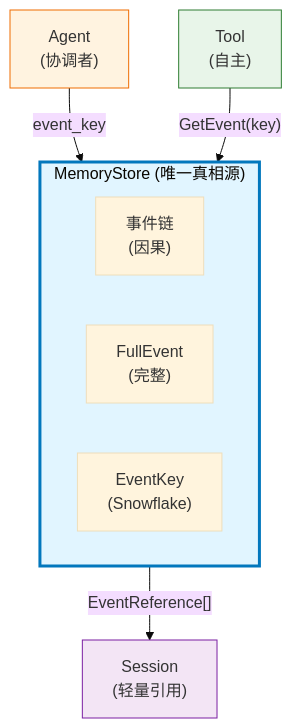
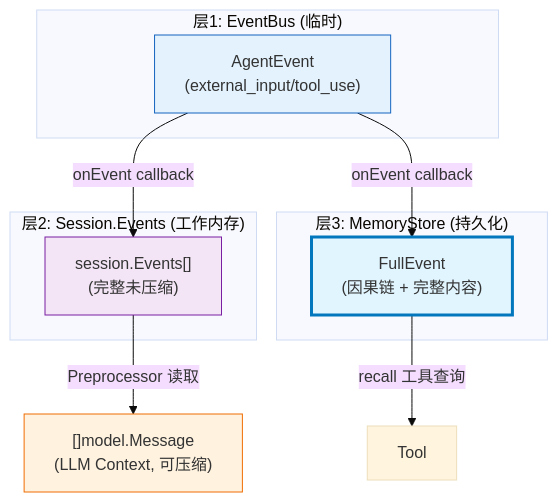
The first of 9 diagrams in README.md (SpellingDragon/tagent), drawn with Mermaid (base theme) before and after one commit. The commit also changed other lines of this file and 18 other files, not shown here.

First line of the commit message:
feat(agent): implement event-driven agent loop data flow

````diff
--- a/README.md
+++ b/README.md
@@ -39,21 +43,24 @@
 ```mermaid
 graph TB
-    subgraph MS["MemoryStore (唯一真相源)"]
-        EC["事件链<br/>(因果)"]
-        FE["FullEvent<br/>(完整)"]
-        EK["EventKey<br/>(Snowflake)"]
+    subgraph "层1: EventBus (临时)"
+        EB["AgentEvent<br/>(external_input/tool_use)"]
     end
 
-    AGT["Agent<br/>(协调者)"]
-    TOOL["Tool<br/>(自主)"]
-    SESS["Session<br/>(轻量引用)"]
+    subgraph "层2: Session.Events (工作内存)"
+        SESS["session.Events[]<br/>(完整未压缩)"]
+    end
 
-    AGT -->|"event_key"| MS
-    TOOL -->|"GetEvent(key)"| MS
-    MS -->|"EventReference[]"| SESS
+    subgraph "层3: MemoryStore (持久化)"
+        MS["FullEvent<br/>(因果链 + 完整内容)"]
+    end
 
+    EB -->|"onEvent callback"| SESS
+    EB -->|"onEvent callback"| MS
+    SESS -->|"Preprocessor 读取"| LLM["[]model.Message<br/>(LLM Context, 可压缩)"]
+    MS -->|"recall 工具查询"| TOOL["Tool"]
+
+    style EB fill:#e3f2fd,stroke:#1565c0
+    style SESS fill:#f3e5f5,stroke:#7b1fa2
     style MS fill:#e1f5ff,stroke:#0277bd,stroke-width:3px
-    style AGT fill:#fff3e0,stroke:#ef6c00
-    style TOOL fill:#e8f5e9,stroke:#2e7d32
-    style SESS fill:#f3e5f5,stroke:#7b1fa2
+    style LLM fill:#fff3e0,stroke:#ef6c00
 ```
````
